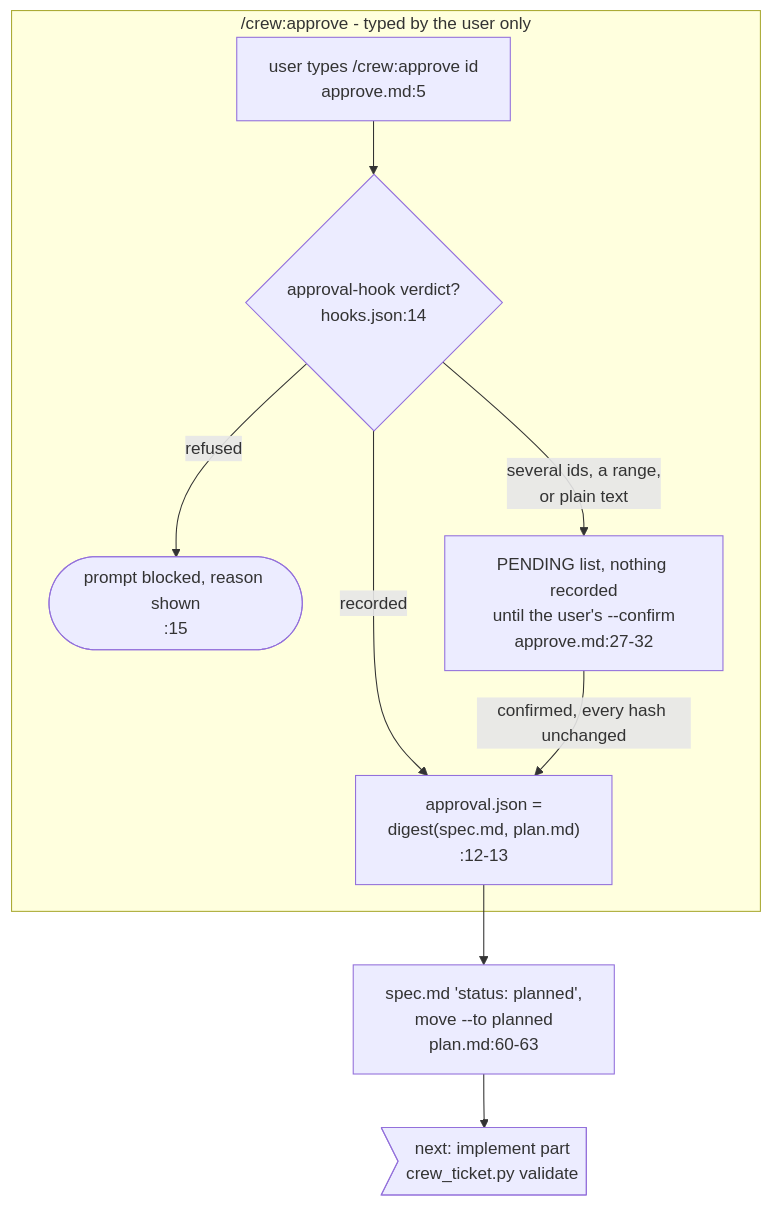
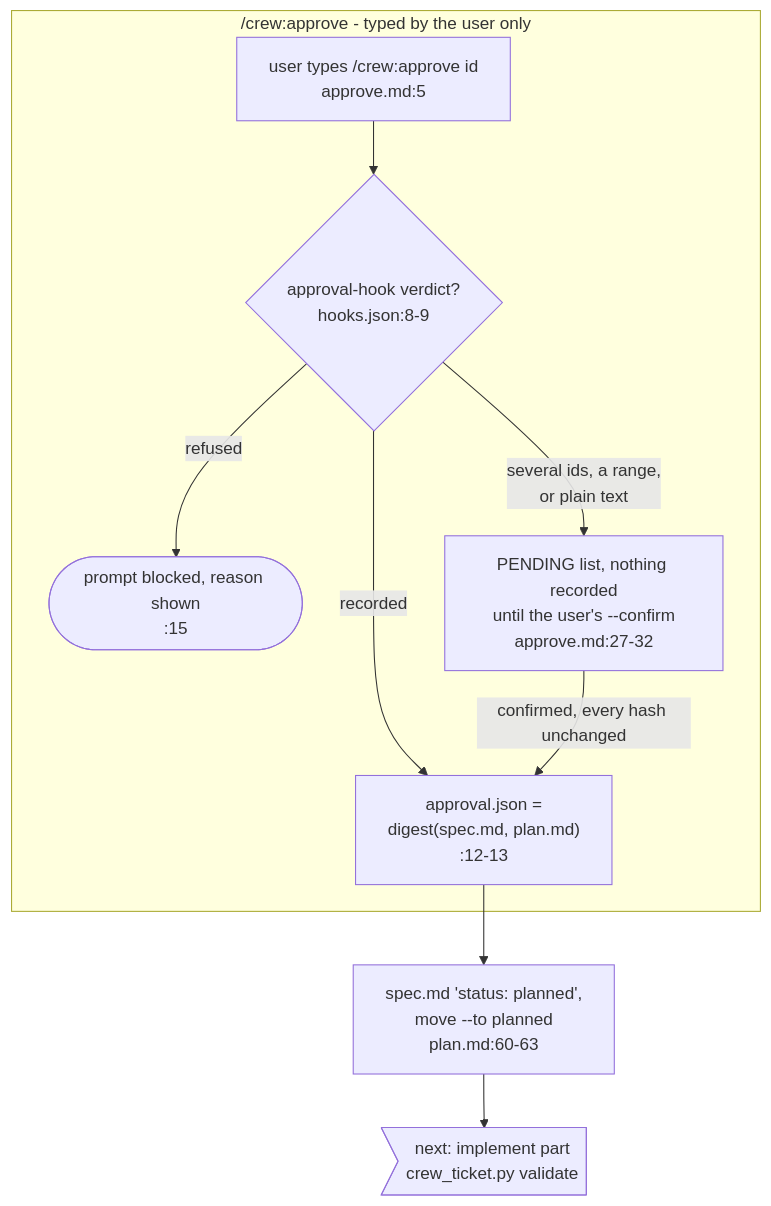
Diagram 28 of 38 in docs/diagrams/README.md (mbadali25/useful-claude-add-ons), drawn with Mermaid before and after one commit. The commit also changed other lines of this file and 16 other files, not shown here.

Commit message:
L-0850: ADR 0009, hook docs, guides, diagram line references (pre-version)

````diff
--- a/docs/diagrams/README.md
+++ b/docs/diagrams/README.md
@@ -1074,14 +1074,14 @@
 ```mermaid
 flowchart TB
     subgraph approve["/crew:approve - typed by the user only"]
         ap0["user types /crew:approve id<br/>approve.md:5"]
-        ap0 --> ap1{"approval-hook verdict?<br/>hooks.json:14"}
+        ap0 --> ap1{"approval-hook verdict?<br/>hooks.json:8-9"}
         ap1 -- refused --> apx([prompt blocked, reason shown<br/>:15])
         ap1 -- recorded --> ap2["approval.json =<br/>digest(spec.md, plan.md)<br/>:12-13"]
         ap1 -- "several ids, a range,<br/>or plain text" --> apg["PENDING list, nothing recorded<br/>until the user's --confirm<br/>approve.md:27-32"]
         apg -- "confirmed, every hash unchanged" --> ap2
     end
 
     ap2 --> planned["spec.md 'status: planned',<br/>move --to planned<br/>plan.md:60-63"]
     planned --> to_im0>"next: implement part<br/>crew_ticket.py validate"]
 ```
````
